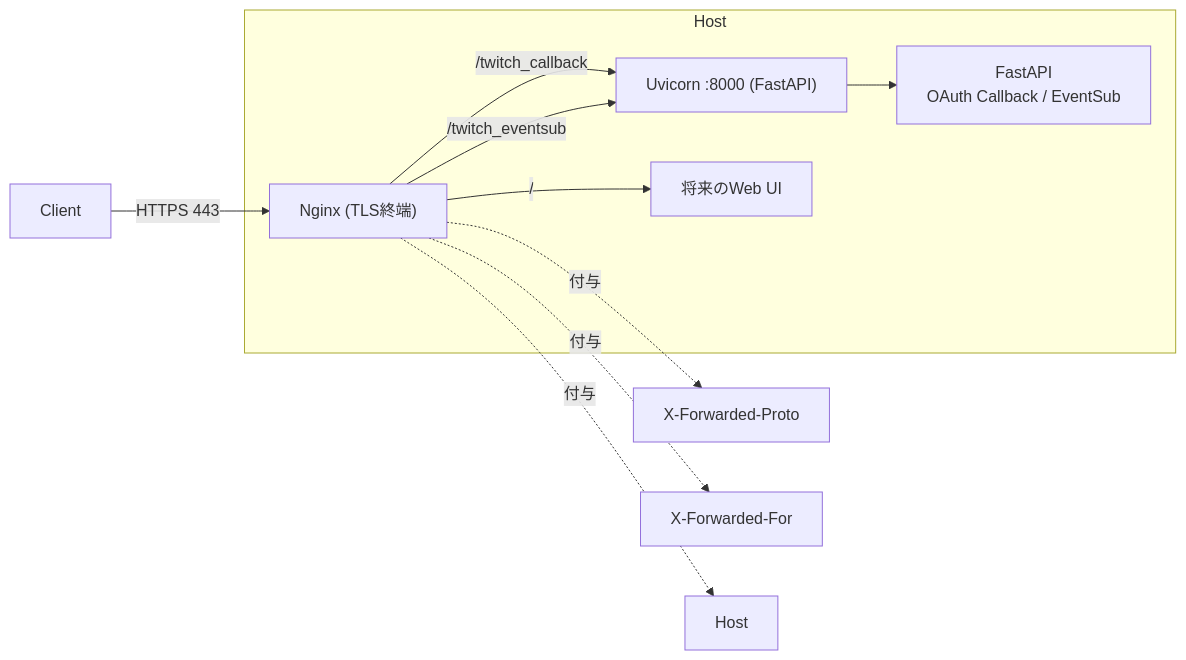
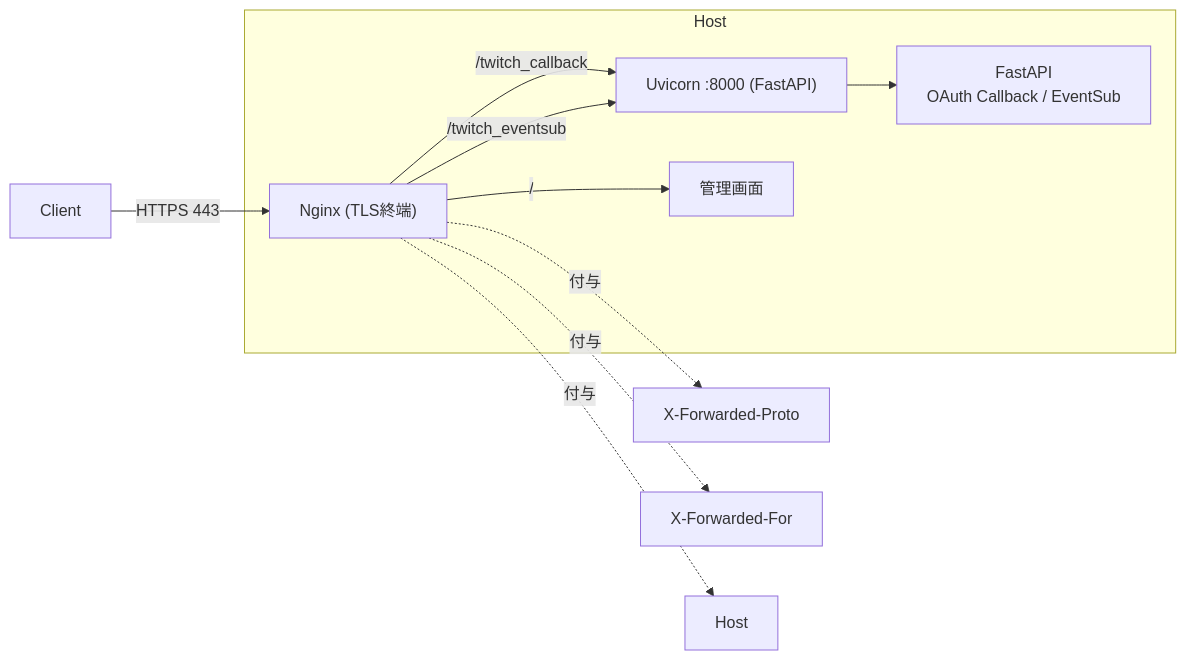
One commit to NAKANORyunosuke/NAKANORyunosuke.github.io changed the first of 2 diagrams in _projects/twitch-discord-bot.md. Above: the diagram before and after it, drawn with Mermaid. The commit also changed other lines of this file and 4 other files, not shown here.

```diff
--- a/_projects/twitch-discord-bot.md
+++ b/_projects/twitch-discord-bot.md
@@ -47,19 +47,19 @@
 <div class="mermaid" markdown="0">
 flowchart LR
   C[Client] -->|HTTPS 443| N["Nginx (TLS終端)"]
   N -->|/twitch_callback| U["Uvicorn :8000 (FastAPI)"]
   N -->|/twitch_eventsub| U
   U --> F["FastAPI<br/>OAuth Callback / EventSub"]
-  N -->|/| W["将来のWeb UI"]
+  N -->|/| W["管理画面"]
 
   subgraph Host
     N
     U
     F
     W
   end
 
   N -.付与.-> H1[X-Forwarded-Proto]
   N -.付与.-> H2[X-Forwarded-For]
   N -.付与.-> H3[Host]
 </div>
```
